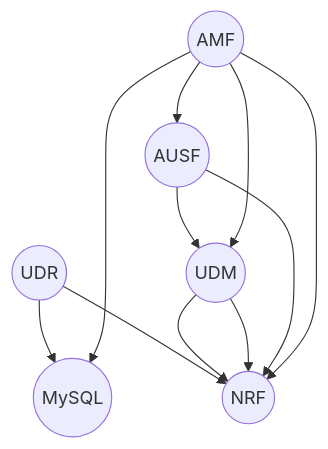
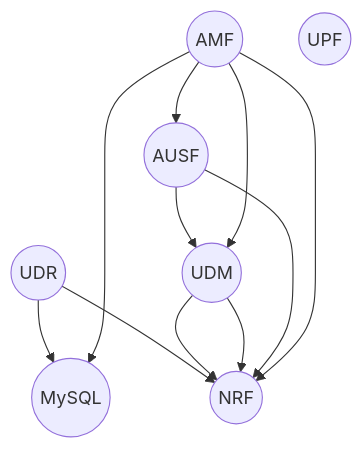
Before and after one commit to gruyaume/charmed-oai-5g: the diagram in README.md, drawn with Mermaid. The commit also changed other lines of this file and 2 other files, not shown here.

Commit message:
Adds UPF to model

````diff
--- a/README.md
+++ b/README.md
@@ -60,13 +61,14 @@
 ```mermaid
 flowchart TD;
       udr((UDR))-->mysql((MySQL))
       udr((UDR))-->nrf((NRF))
       udm((UDM))-->nrf((NRF))
       udm((UDM))-->nrf((NRF))
       ausf((AUSF))-->nrf((NRF))
       ausf((AUSF))-->udm((UDM))
       amf((AMF))-->mysql((MySQL))
       amf((AMF))-->nrf((NRF))
       amf((AMF))-->udm((UDM))
       amf((AMF))-->ausf((AUSF))
+      upf((UPF))
 ```
````
